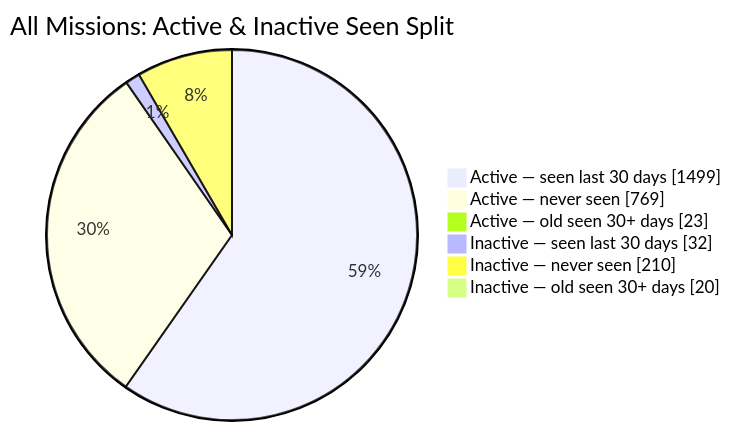
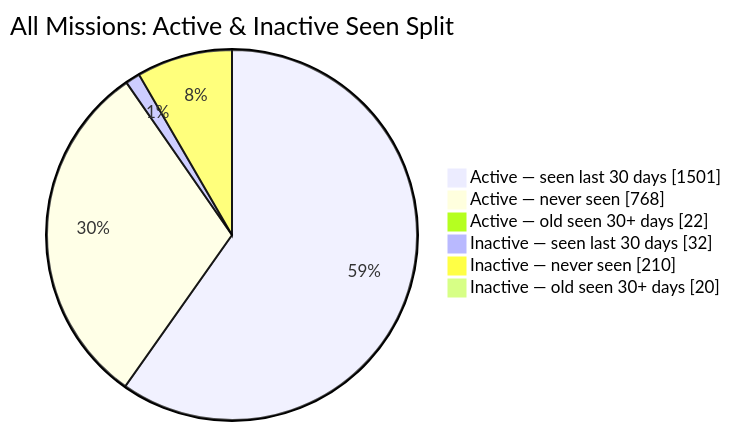
One commit to MeldkamerspelGameTeam/active-missions changed the second of 2 diagrams in README.md. Above: the diagram before and after it, drawn with Mermaid. The commit also changed other lines of this file and 3 other files, not shown here.

````diff
--- a/README.md
+++ b/README.md
@@ -44,10 +44,10 @@
 ```mermaid
 pie showData
     title All Missions: Active & Inactive Seen Split
-    "Active — seen last 30 days" : 1499
-    "Active — never seen" : 769
-    "Active — old seen 30+ days" : 23
+    "Active — seen last 30 days" : 1501
+    "Active — never seen" : 768
+    "Active — old seen 30+ days" : 22
     "Inactive — seen last 30 days" : 32
     "Inactive — never seen" : 210
     "Inactive — old seen 30+ days" : 20
 ```
````
